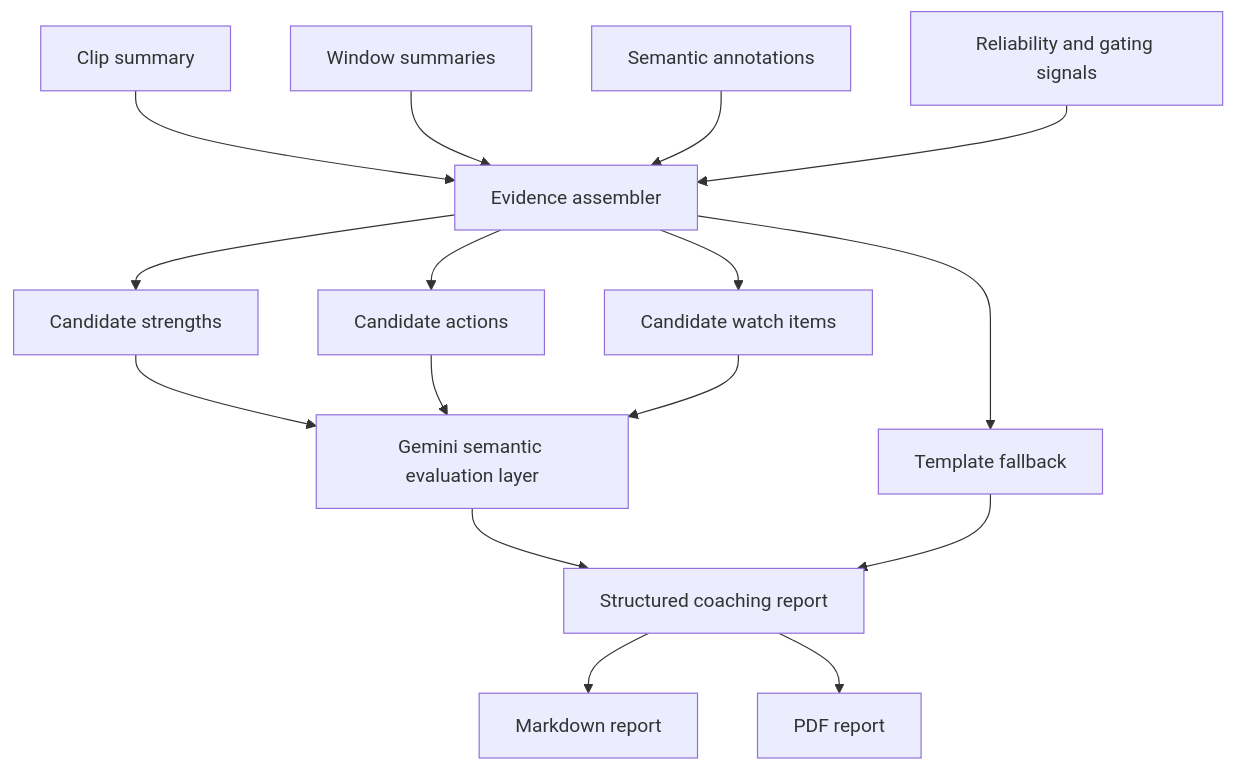
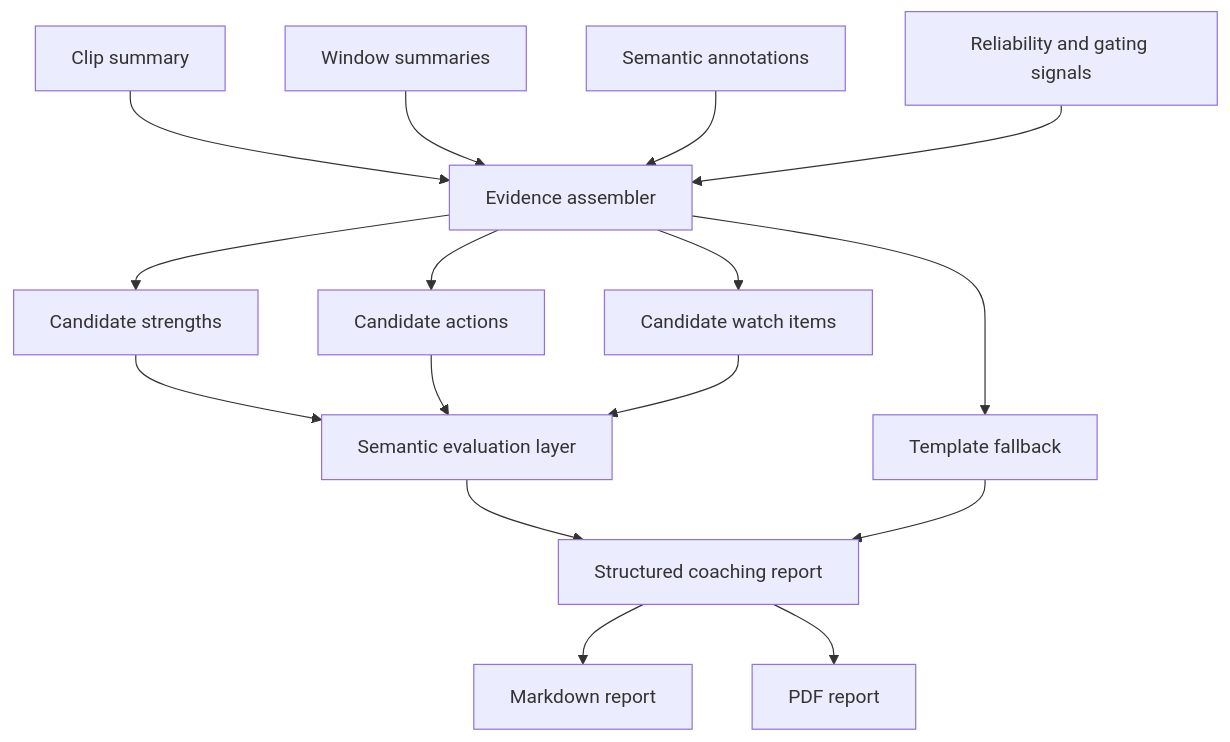
The third of 4 diagrams in docs/thesis_research_report.md (kv-248/TeacherEvaluation), drawn with Mermaid before and after one commit. The commit also changed other lines of this file and 4 other files, not shown here.

````diff
--- a/docs/thesis_research_report.md
+++ b/docs/thesis_research_report.md
@@ -440,18 +323,18 @@
 ```mermaid
 flowchart TD
     A[Clip summary] --> E[Evidence assembler]
     B[Window summaries] --> E
     C[Semantic annotations] --> E
     D[Reliability and gating signals] --> E
     E --> F[Candidate strengths]
     E --> G[Candidate actions]
     E --> H[Candidate watch items]
-    F --> I[Gemini semantic evaluation layer]
+    F --> I[Semantic evaluation layer]
     G --> I
     H --> I
     I --> J[Structured coaching report]
     J --> K[Markdown report]
     J --> L[PDF report]
     E --> M[Template fallback]
     M --> J
 ```
````
